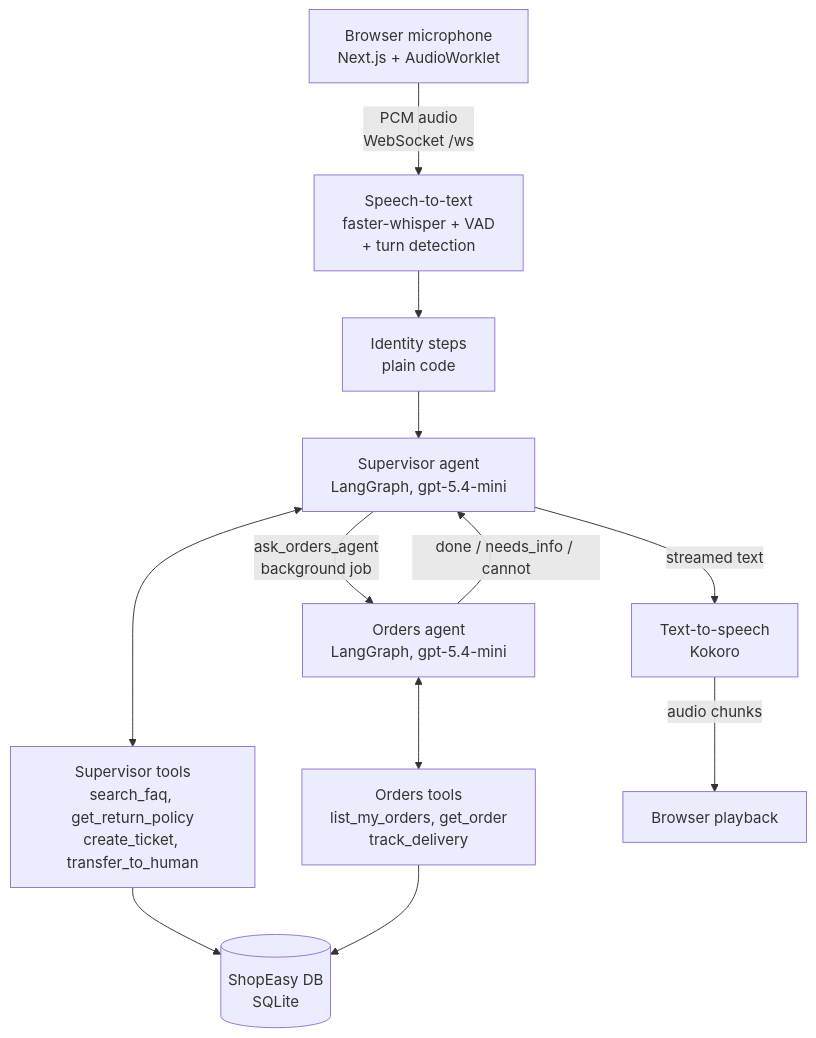
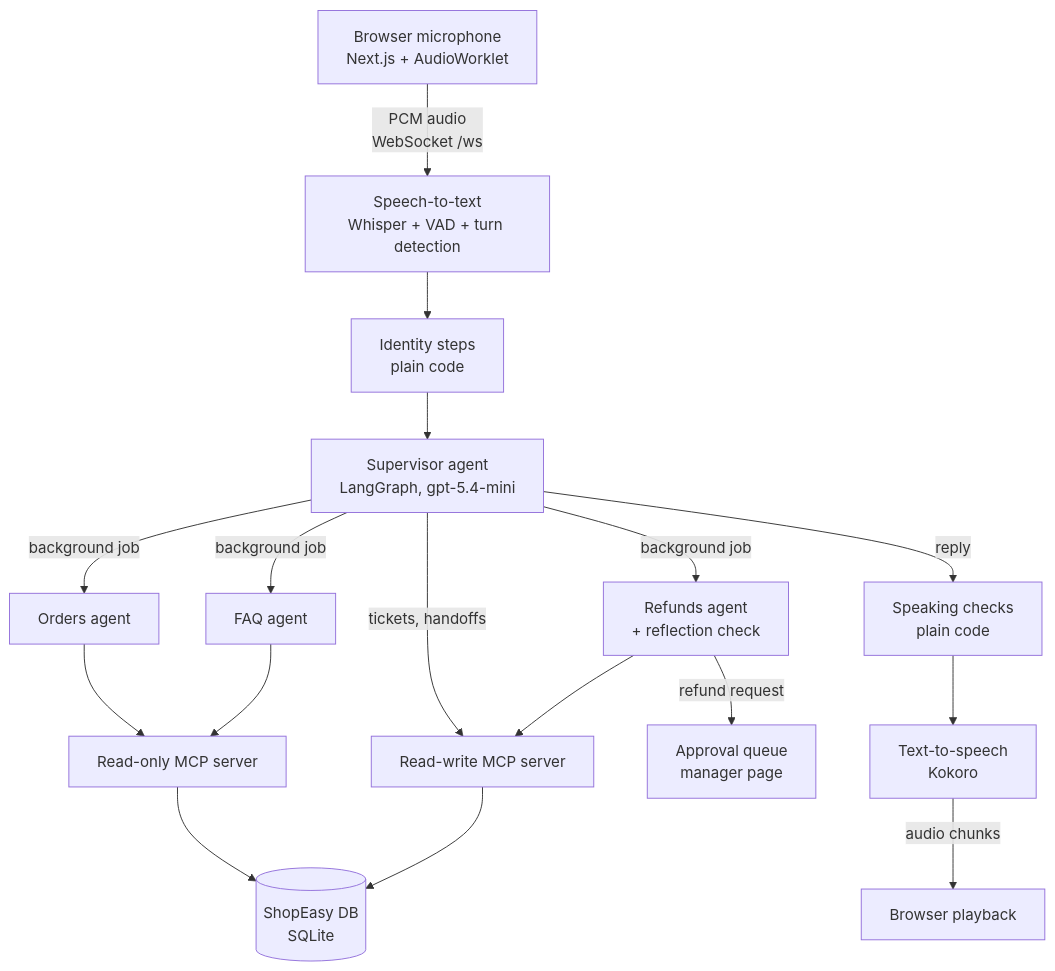
The diagram in README.md (badrafyf77/customer-support-voice-agent), drawn with Mermaid before and after one commit. The commit also changed other lines of this file, not shown here.

First line of the commit message:
Present the README as the complete ShopEasy voice support agent

````diff
--- a/README.md
+++ b/README.md
@@ -46,14 +52,19 @@
 ```mermaid
 flowchart TD
-    mic["Browser microphone<br/>Next.js + AudioWorklet"] -- "PCM audio<br/>WebSocket /ws" --> stt["Speech-to-text<br/>faster-whisper + VAD<br/>+ turn detection"]
+    mic["Browser microphone<br/>Next.js + AudioWorklet"] -- "PCM audio<br/>WebSocket /ws" --> stt["Speech-to-text<br/>Whisper + VAD + turn detection"]
     stt --> id["Identity steps<br/>plain code"]
     id --> sup["Supervisor agent<br/>LangGraph, gpt-5.4-mini"]
-    sup <--> stools["Supervisor tools<br/>search_faq, get_return_policy<br/>create_ticket, transfer_to_human"]
-    sup -- "ask_orders_agent<br/>background job" --> ord["Orders agent<br/>LangGraph, gpt-5.4-mini"]
-    ord <--> otools["Orders tools<br/>list_my_orders, get_order<br/>track_delivery"]
-    ord -- "done / needs_info / cannot" --> sup
-    stools --> db[("ShopEasy DB<br/>SQLite")]
-    otools --> db
-    sup -- "streamed text" --> tts["Text-to-speech<br/>Kokoro"]
+    sup -- "background job" --> orders["Orders agent"]
+    sup -- "background job" --> refunds["Refunds agent<br/>+ reflection check"]
+    sup -- "background job" --> faq["FAQ agent"]
+    orders --> ro["Read-only MCP server"]
+    faq --> ro
+    sup -- "tickets, handoffs" --> rw["Read-write MCP server"]
+    refunds --> rw
+    refunds -- "refund request" --> approve["Approval queue<br/>manager page"]
+    ro --> db[("ShopEasy DB<br/>SQLite")]
+    rw --> db
+    sup -- "reply" --> checks["Speaking checks<br/>plain code"]
+    checks --> tts["Text-to-speech<br/>Kokoro"]
     tts -- "audio chunks" --> out["Browser playback"]
 ```
````
